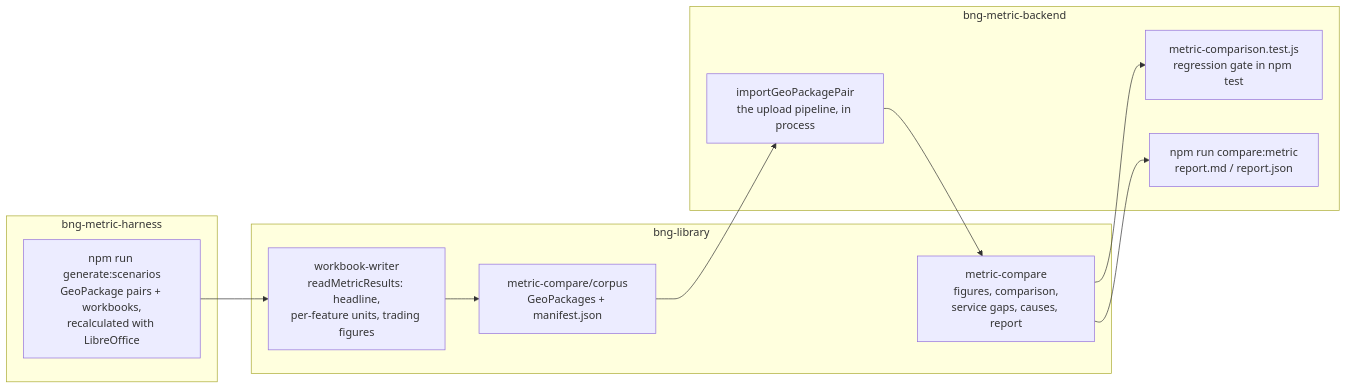
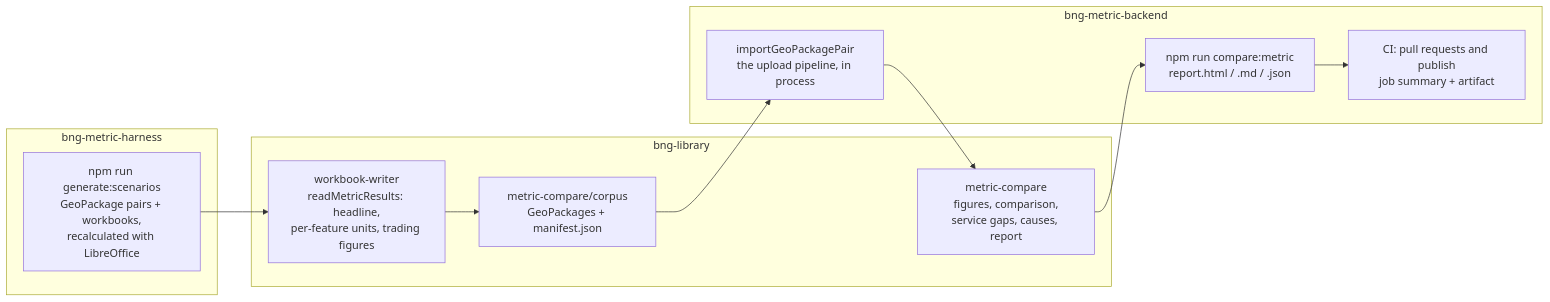
One commit to DEFRA/bng-metric-harness changed the diagram in docs/compare-metric.md. Above: the diagram before and after it, drawn with Mermaid. The commit also changed other lines of this file and 2 other files, not shown here.

Commit message:
BMD-1036 Document the HTML report and report-only CI

````diff
--- a/docs/compare-metric.md
+++ b/docs/compare-metric.md
@@ -49,20 +59,19 @@
 ```mermaid
 flowchart LR
   subgraph harness[bng-metric-harness]
     gen["npm run generate:scenarios<br>GeoPackage pairs + workbooks,<br>recalculated with LibreOffice"]
   end
   subgraph library[bng-library]
     reader["workbook-writer<br>readMetricResults: headline,<br>per-feature units, trading figures"]
     corpus["metric-compare/corpus<br>GeoPackages + manifest.json"]
     compare["metric-compare<br>figures, comparison,<br>service gaps, causes, report"]
   end
   subgraph backend[bng-metric-backend]
     import["importGeoPackagePair<br>the upload pipeline, in process"]
-    gate["metric-comparison.test.js<br>regression gate in npm test"]
-    cli["npm run compare:metric<br>report.md / report.json"]
+    ci["CI: pull requests and publish<br>job summary + artifact"]
+    cli["npm run compare:metric<br>report.html / .md / .json"]
   end
   gen --> reader --> corpus
   corpus --> import --> compare
-  compare --> gate
-  compare --> cli
+  compare --> cli --> ci
 ```
````
